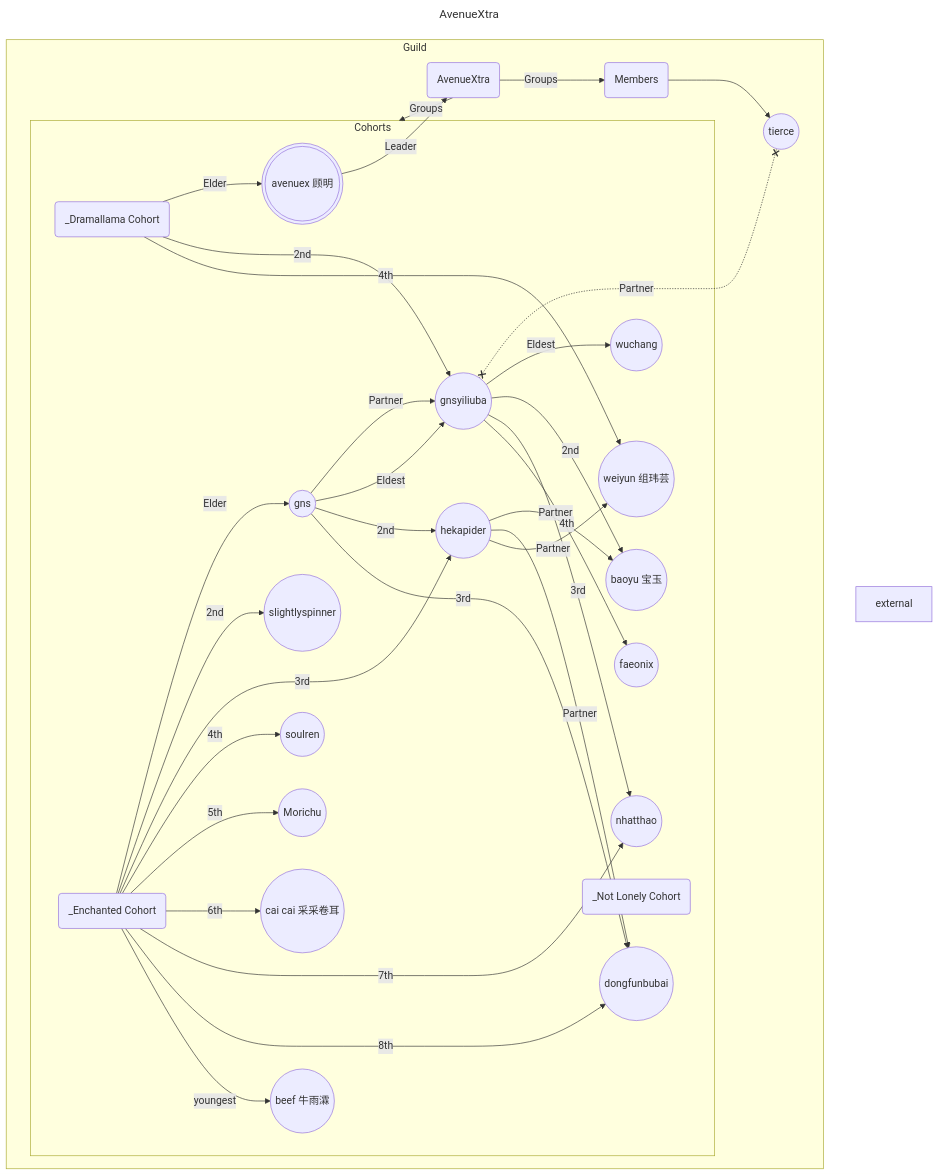
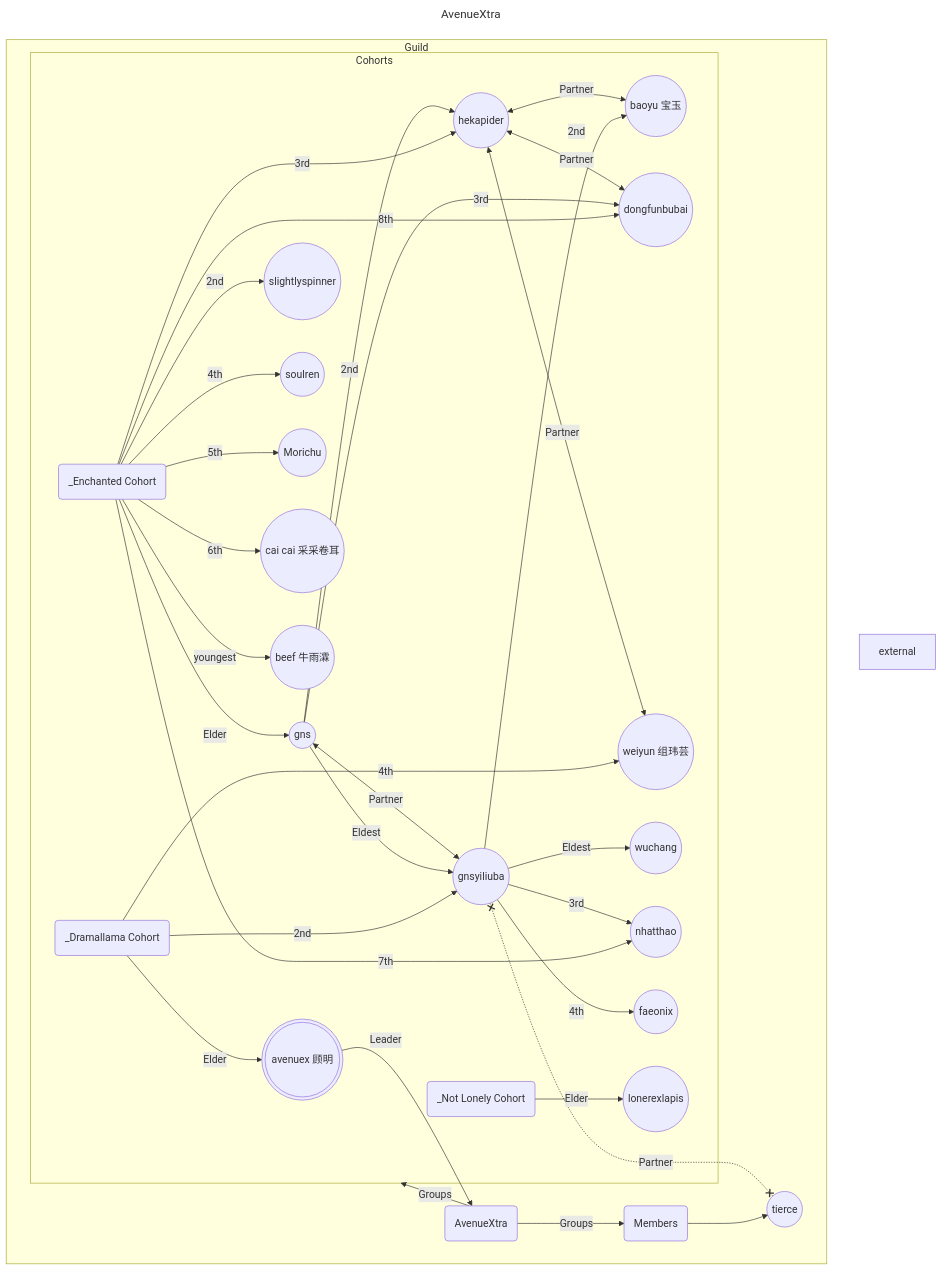
Before and after one commit to gns168/wwm168: the diagram in content/Guild/AvenueXtra.md, drawn with Mermaid. The commit also changed other lines of this file and 1 other file, not shown here.

Commit message:
Quartz sync: Jun 20, 2026, 9:01 PM

````diff
--- a/content/Guild/AvenueXtra.md
+++ b/content/Guild/AvenueXtra.md
@@ -13,71 +13,72 @@
 ```mermaid
 ---
 title: AvenueXtra
 config:
 look: handDrawn
 theme: neutral
 ---
 flowchart TB
 
 l(((avenuex 顾明)))
 g(AvenueXtra)
 c1(_Dramallama Cohort)
 c2(_Enchanted Cohort)
 c3(_Not Lonely Cohort)
 m(Members)
 e[external]
 
 m1((gnsyiliuba))
 m2((gns))
 m3((tierce))
 m4((wuchang))
 m5((baoyu 宝玉))
 m6((nhatthao))
 m7((faeonix))
 m8((hekapider))
 m9((dongfunbubai))
 m10((weiyun 组玮芸))
 m11((slightlyspinner))
 m12((soulren))
 m13((Morichu))
 m14((cai cai 采采卷耳))
 m15((beef 牛雨瀮))
+m16((lonerexlapis))
 
 l --> |Leader| g
 m1 x-.-x |Partner| m3
-m2 --> |Partner| m1
+m2 <--> |Partner| m1
 m2 --> |Eldest| m1
-m8 --> |Partner| m5((baoyu 宝玉))
-m8 --> |Partner| m9((dongfunbubai))
-m8 --> |Partner| m10((weiyun 组玮芸))
+m8 <--> |Partner| m5((baoyu 宝玉))
+m8 <--> |Partner| m9((dongfunbubai))
+m8 <--> |Partner| m10((weiyun 组玮芸))
 
 subgraph Guild
 	g --> |Groups| Cohorts & m
 	m --> m3
 	subgraph Cohorts
 		c1 --> |Elder| l
 			c1 --> |2nd| m1
 				m1 --> |Eldest| m4
 				m1 --> |2nd| m5
 				m1 --> |3rd| m6
 				m1 --> |4th| m7
 			c1 --> |4th| m10
 		c2 --> |Elder| m2
 				m2 --> |2nd| m8
 				m2 --> |3rd| m9
 			c2 --> |2nd| m11
 			c2 --> |3rd| m8
 			c2 --> |4th| m12
 			c2 --> |5th| m13
 			c2 --> |6th| m14
 			c2 --> |7th| m6
 			c2 --> |8th| m9
 			c2 --> |youngest| m15
-		c3
+		c3 --> |Elder| m16
 	end
 end
 
 
 class g,c1,c2,c3,m,e internal-link
 class l,m1,m2,m3,m4,m5,m6,m7,m8,m9 internal-link
 ```
````
